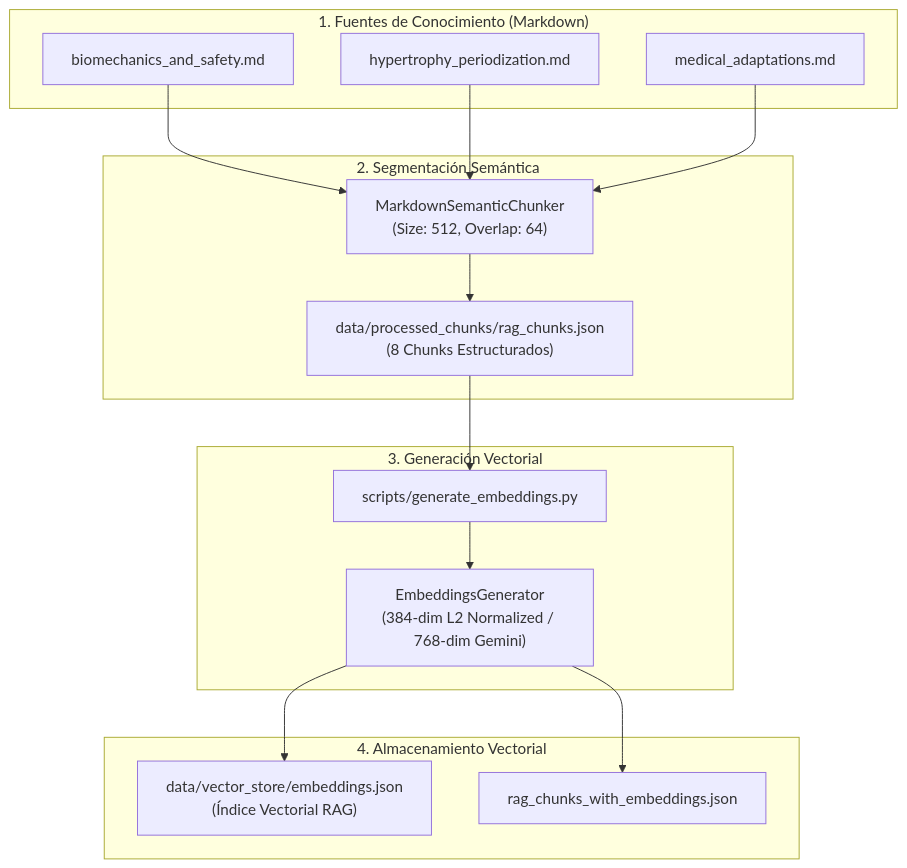
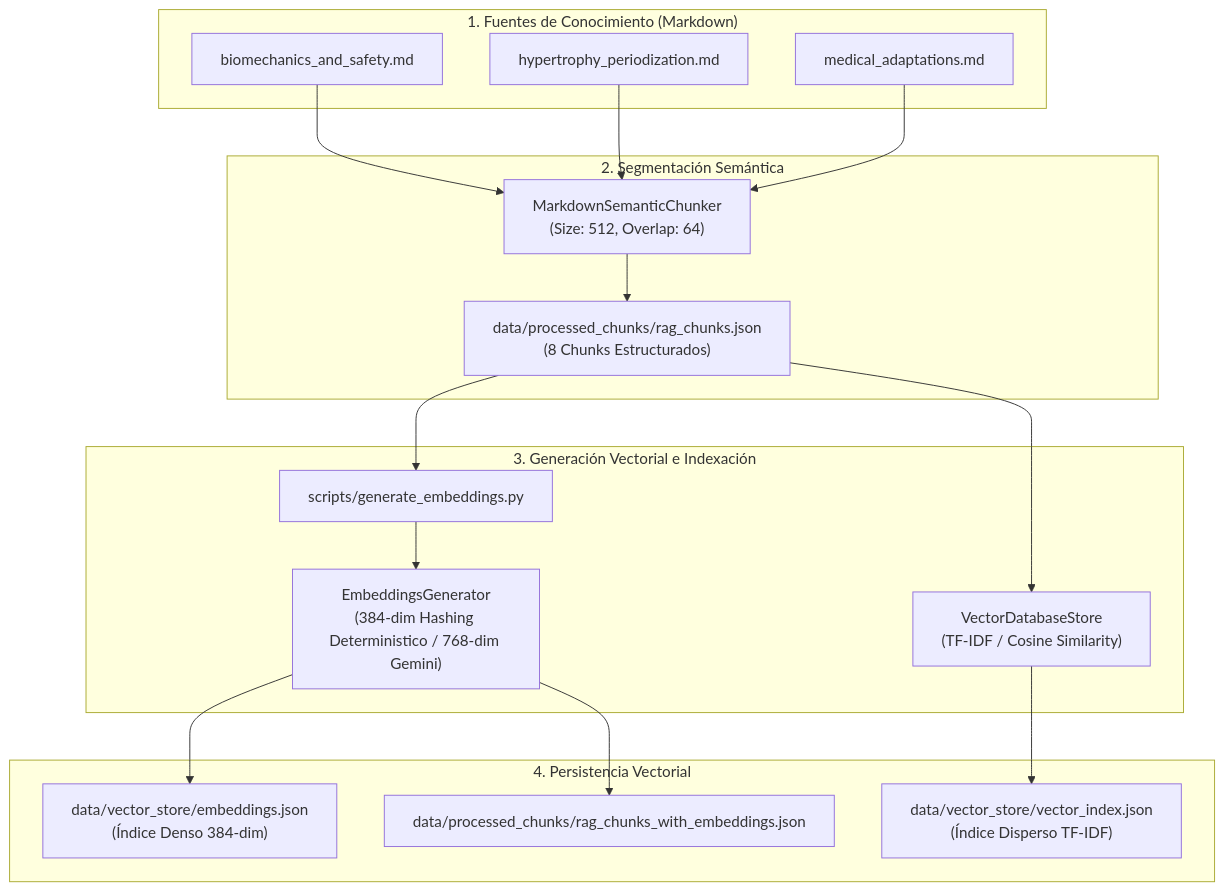
One commit to YaskCode-laboratory/wellness-platform-team6 changed the first of 2 diagrams in docs/architecture/rag-architecture.md. Above: the diagram before and after it, drawn with Mermaid. The commit also changed other lines of this file and 2 other files, not shown here.

Commit message:
docs(rag): alinear arquitectura, adr y flujo de ejecucion con la implementacion efectiva del sprint 1 (#11)

````diff
--- a/docs/architecture/rag-architecture.md
+++ b/docs/architecture/rag-architecture.md
@@ -38,32 +38,36 @@
 ```mermaid
 flowchart TD
     subgraph Fuentes ["1. Fuentes de Conocimiento (Markdown)"]
         KB1["biomechanics_and_safety.md"]
         KB2["hypertrophy_periodization.md"]
         KB3["medical_adaptations.md"]
     end
 
     subgraph Chunking ["2. Segmentación Semántica"]
         Chunker["MarkdownSemanticChunker\n(Size: 512, Overlap: 64)"]
         ChunksJSON["data/processed_chunks/rag_chunks.json\n(8 Chunks Estructurados)"]
     end
 
-    subgraph Embedding ["3. Generación Vectorial"]
-        Embedder["EmbeddingsGenerator\n(384-dim L2 Normalized / 768-dim Gemini)"]
+    subgraph Embedding ["3. Generación Vectorial e Indexación"]
+        Embedder["EmbeddingsGenerator\n(384-dim Hashing Deterministico / 768-dim Gemini)"]
+        VStoreEngine["VectorDatabaseStore\n(TF-IDF / Cosine Similarity)"]
         ScriptEmb["scripts/generate_embeddings.py"]
     end
 
-    subgraph Storage ["4. Almacenamiento Vectorial"]
-        VStore["data/vector_store/embeddings.json\n(Índice Vectorial RAG)"]
-        EnrichedChunks["rag_chunks_with_embeddings.json"]
+    subgraph Storage ["4. Persistencia Vectorial"]
+        VStore["data/vector_store/embeddings.json\n(Índice Denso 384-dim)"]
+        VIndex["data/vector_store/vector_index.json\n(Índice Disperso TF-IDF)"]
+        EnrichedChunks["data/processed_chunks/rag_chunks_with_embeddings.json"]
     end
 
     KB1 --> Chunker
     KB2 --> Chunker
     KB3 --> Chunker
     Chunker --> ChunksJSON
     ChunksJSON --> ScriptEmb
     ScriptEmb --> Embedder
     Embedder --> VStore
     Embedder --> EnrichedChunks
+    ChunksJSON --> VStoreEngine
+    VStoreEngine --> VIndex
 ```
````
